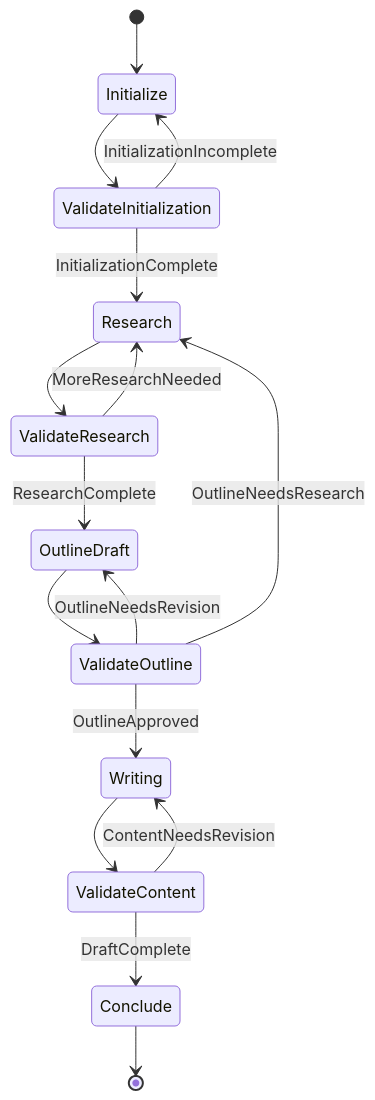
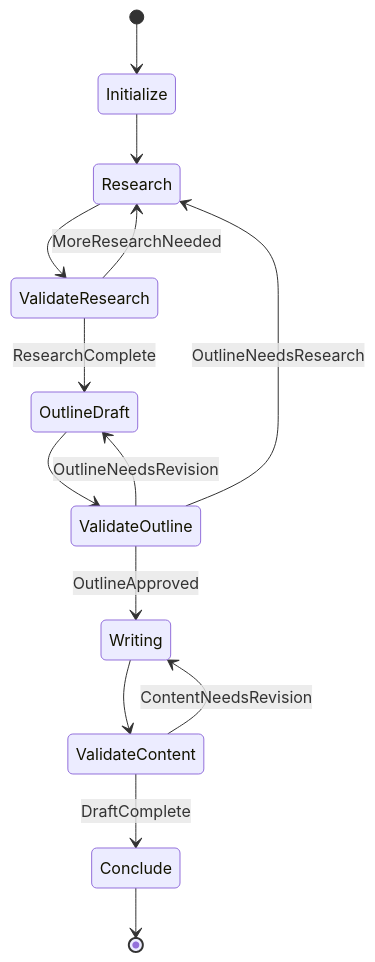
Before and after one commit to jamesgarfield/agentic-hybrid-control-presentation: the fourth of 4 diagrams in images/mermaid_diagrams.md, drawn with Mermaid. The commit also changed 5 other files, not shown here.

````diff
--- a/images/mermaid_diagrams.md
+++ b/images/mermaid_diagrams.md
@@ -70,25 +70,23 @@
 ```mermaid
 stateDiagram-v2
     [*] --> Initialize
-    Initialize --> ValidateInitialization
-    ValidateInitialization --> Initialize: InitializationIncomplete
-    ValidateInitialization --> Research: InitializationComplete
+    Initialize --> Research
     
     Research --> ValidateResearch
     
     ValidateResearch --> Research: MoreResearchNeeded
     ValidateResearch --> OutlineDraft: ResearchComplete
     
     OutlineDraft --> ValidateOutline
     
     ValidateOutline --> OutlineDraft: OutlineNeedsRevision
     ValidateOutline --> Research: OutlineNeedsResearch
     ValidateOutline --> Writing: OutlineApproved
     
     Writing --> ValidateContent
     
     ValidateContent --> Writing: ContentNeedsRevision
     ValidateContent --> Conclude: DraftComplete
     
     Conclude --> [*]
 ```
````
